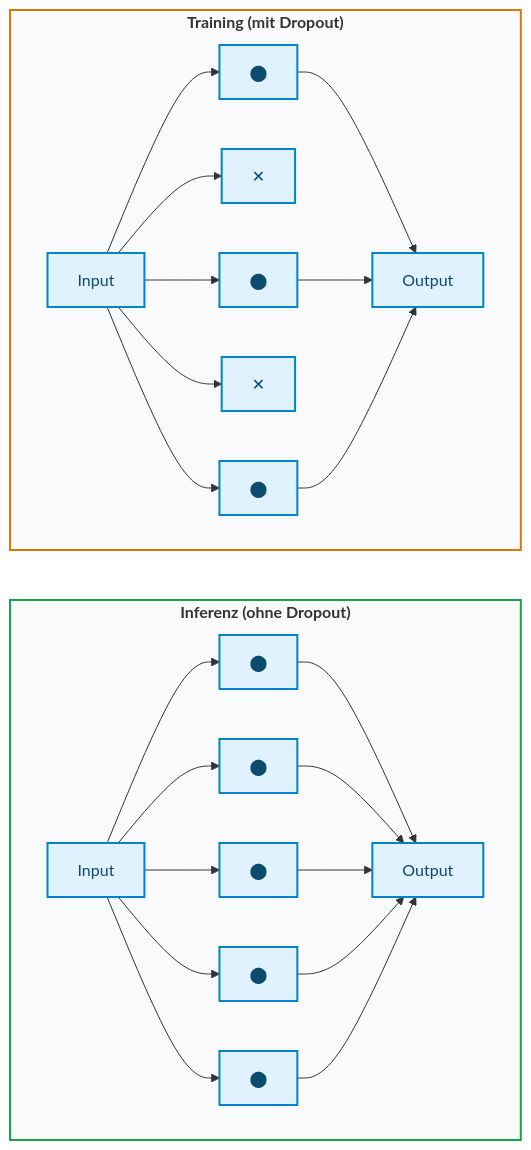
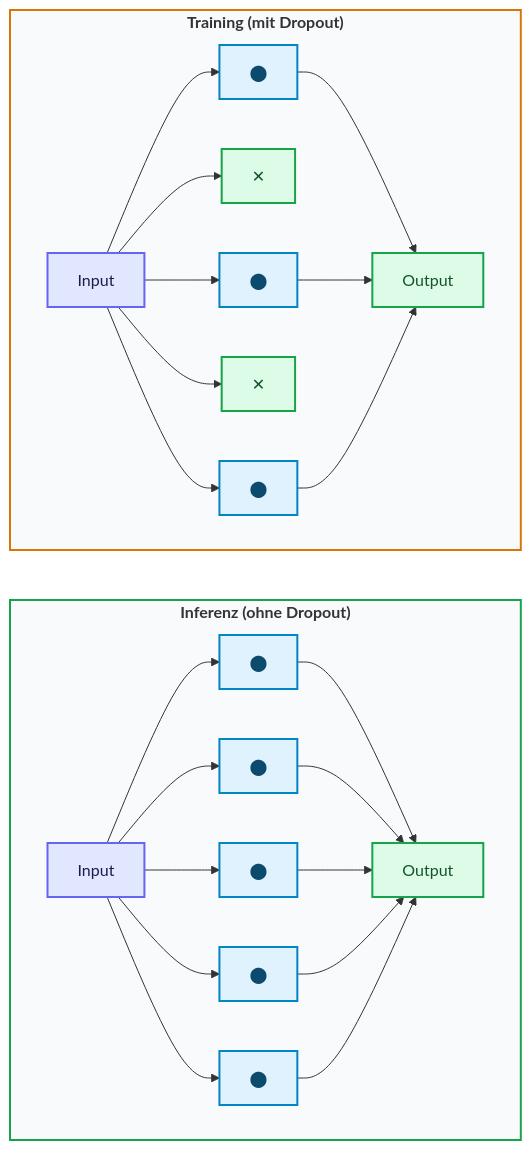
One commit to ralf-42/ML_Intro changed the fourth of 5 diagrams in docs/concepts/evaluate/regularisierung.md. Above: the diagram before and after it, drawn with Mermaid. The commit also changed 49 other files, not shown here.

````diff
--- a/docs/concepts/evaluate/regularisierung.md
+++ b/docs/concepts/evaluate/regularisierung.md
@@ -387,32 +387,38 @@
 ```mermaid
 flowchart TD
     subgraph training["<b>Training (mit Dropout)"]
         I1["Input"] --> H1["⬤"]
         I1 --> H2["✕"]
         I1 --> H3["⬤"]
         I1 --> H4["✕"]
         I1 --> H5["⬤"]
         H1 --> O1["Output"]
         H3 --> O1
         H5 --> O1
     end
     
     subgraph inference["<b>Inferenz (ohne Dropout)"]
         I2["Input"] --> H6["⬤"]
         I2 --> H7["⬤"]
         I2 --> H8["⬤"]
         I2 --> H9["⬤"]
         I2 --> H10["⬤"]
         H6 --> O2["Output"]
         H7 --> O2
         H8 --> O2
         H9 --> O2
         H10 --> O2
     end
     
     training ~~~ inference
 
-    classDef default fill:#e0f2fe,stroke:#0284c7,stroke-width:2px,color:#0c4a6e;
     style training fill:#f8fafc,stroke:#d97706,stroke-width:2px
     style inference fill:#f8fafc,stroke:#16a34a,stroke-width:2px
+
+    classDef default fill:#e0f2fe,stroke:#0284c7,stroke-width:2px,color:#0c4a6e;
+    classDef input fill:#e0e7ff,stroke:#6366f1,stroke-width:2px,color:#1e1b4b;
+    classDef output fill:#dcfce7,stroke:#16a34a,stroke-width:2px,color:#14532d;
+
+    class I1,I2 input;
+    class H2,H4,O1,O2 output;
 ```
````
